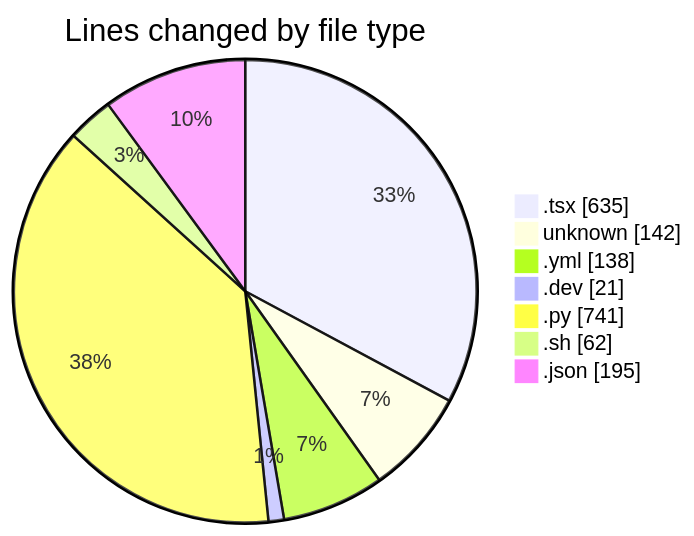
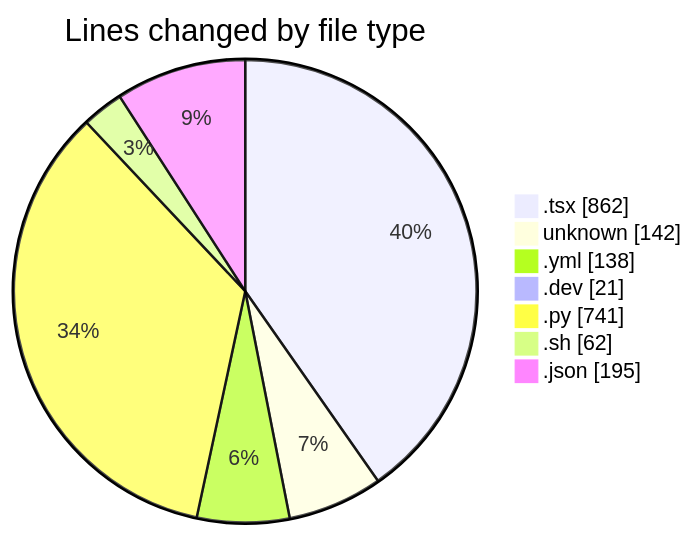
One commit to Elitesun/code-tracking changed the first of 2 diagrams in 2025-05-18/niten/README.md. Above: the diagram before and after it, drawn with Mermaid. The commit also changed other lines of this file and 1 other file, not shown here.

````diff
--- a/2025-05-18/niten/README.md
+++ b/2025-05-18/niten/README.md
@@ -36,11 +36,11 @@
 ```mermaid
 pie showData
 title Lines changed by file type
-".tsx" : 635
+".tsx" : 862
 "unknown" : 142
 ".yml" : 138
 ".dev" : 21
 ".py" : 741
 ".sh" : 62
 ".json" : 195
 ```
````
